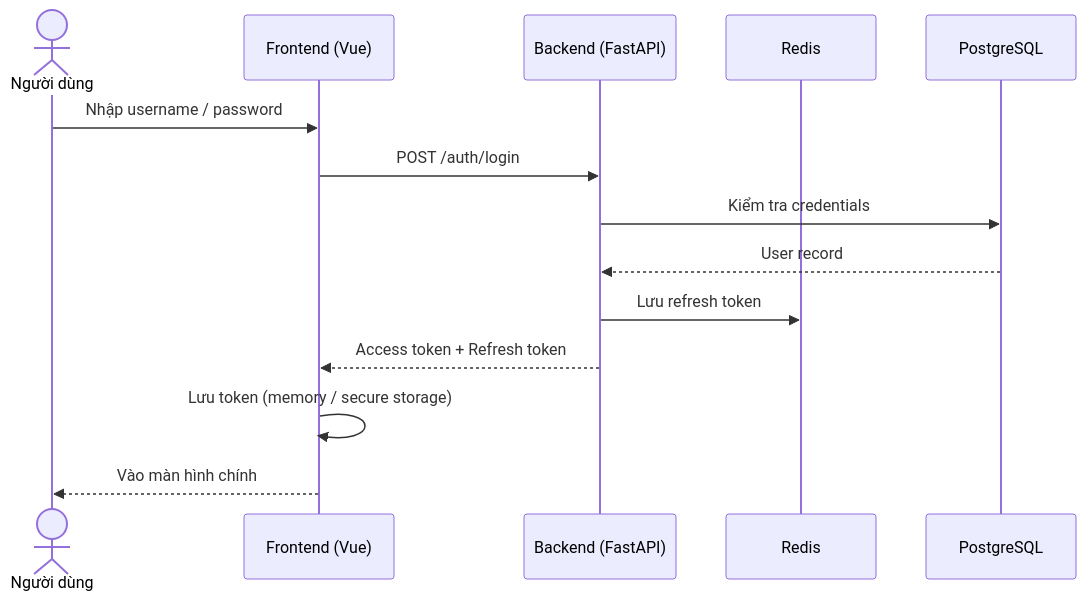
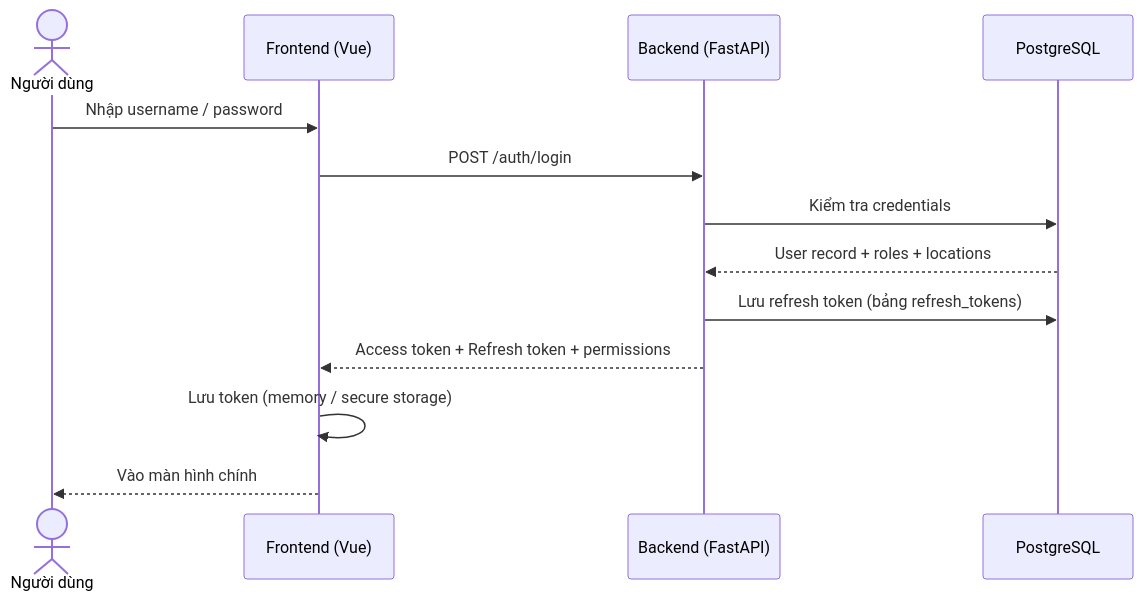
Before and after one commit to ngohuuduc/VJ_mobile_POS: the first of 10 diagrams in docs/process_flow.md, drawn with Mermaid. The commit also changed other lines of this file and 2 other files, not shown here.

````diff
--- a/docs/process_flow.md
+++ b/docs/process_flow.md
@@ -14,17 +14,16 @@
 ```mermaid
 sequenceDiagram
     actor User as Người dùng
     participant FE as Frontend (Vue)
     participant BE as Backend (FastAPI)
-    participant Redis
     participant DB as PostgreSQL
 
     User->>FE: Nhập username / password
     FE->>BE: POST /auth/login
     BE->>DB: Kiểm tra credentials
-    DB-->>BE: User record
-    BE->>Redis: Lưu refresh token
-    BE-->>FE: Access token + Refresh token
+    DB-->>BE: User record + roles + locations
+    BE->>DB: Lưu refresh token (bảng refresh_tokens)
+    BE-->>FE: Access token + Refresh token + permissions
     FE->>FE: Lưu token (memory / secure storage)
     FE-->>User: Vào màn hình chính
 ```
````
